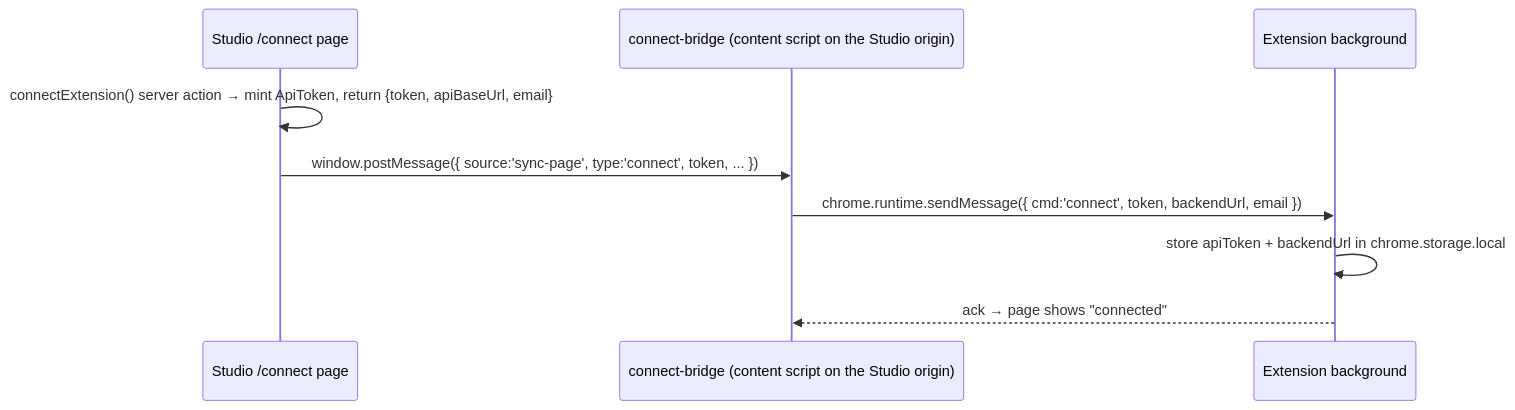
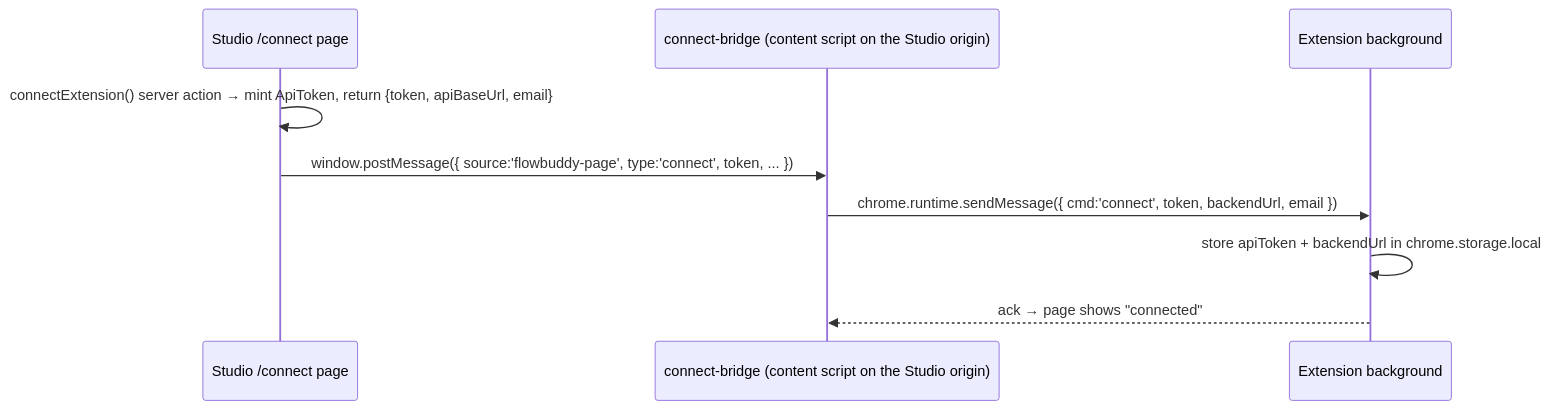
Before and after one commit to himanshu3553/flowbuddy: the third of 4 diagrams in docs/internals/connections.md, drawn with Mermaid. The commit also changed 9 other files, not shown here.

````diff
--- a/docs/internals/connections.md
+++ b/docs/internals/connections.md
@@ -132,12 +132,12 @@
 ```mermaid
 sequenceDiagram
     participant S as Studio /connect page
     participant B as connect-bridge (content script on the Studio origin)
     participant X as Extension background
 
     S->>S: connectExtension() server action → mint ApiToken, return {token, apiBaseUrl, email}
-    S->>B: window.postMessage({ source:'sync-page', type:'connect', token, ... })
+    S->>B: window.postMessage({ source:'flowbuddy-page', type:'connect', token, ... })
     B->>X: chrome.runtime.sendMessage({ cmd:'connect', token, backendUrl, email })
     X->>X: store apiToken + backendUrl in chrome.storage.local
     X-->>B: ack → page shows "connected"
 ```
````
